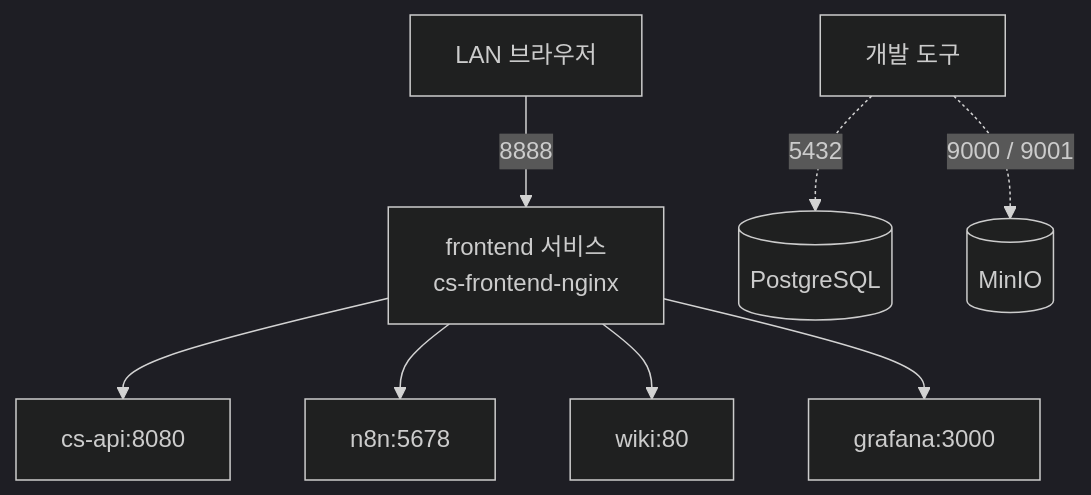
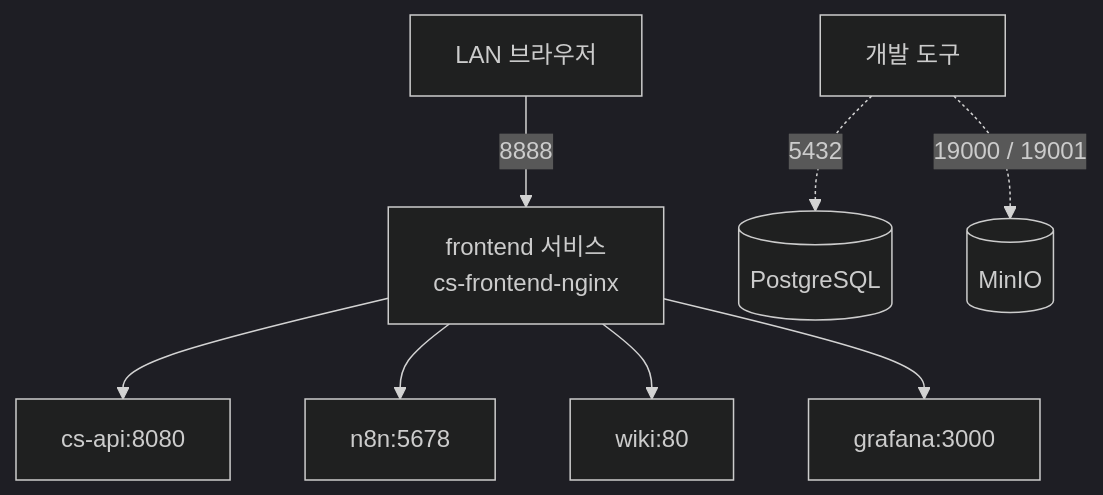
The diagram in docs/docs/network-architecture.md (Yoonsik-Shin/cs-hub), drawn with Mermaid (dark theme) before and after one commit. The commit also changed other lines of this file and 3 other files, not shown here.

````diff
--- a/docs/docs/network-architecture.md
+++ b/docs/docs/network-architecture.md
@@ -24,10 +24,10 @@
 ```mermaid
 flowchart TD
     Client[LAN 브라우저] -->|8888| Nginx["frontend 서비스\ncs-frontend-nginx"]
     DevTool[개발 도구] -.->|5432| DB[(PostgreSQL)]
-    DevTool -.->|9000 / 9001| MinIO[(MinIO)]
+    DevTool -.->|19000 / 19001| MinIO[(MinIO)]
     Nginx --> API[cs-api:8080]
     Nginx --> n8n[n8n:5678]
     Nginx --> Wiki[wiki:80]
     Nginx --> Grafana[grafana:3000]
 ```
````
